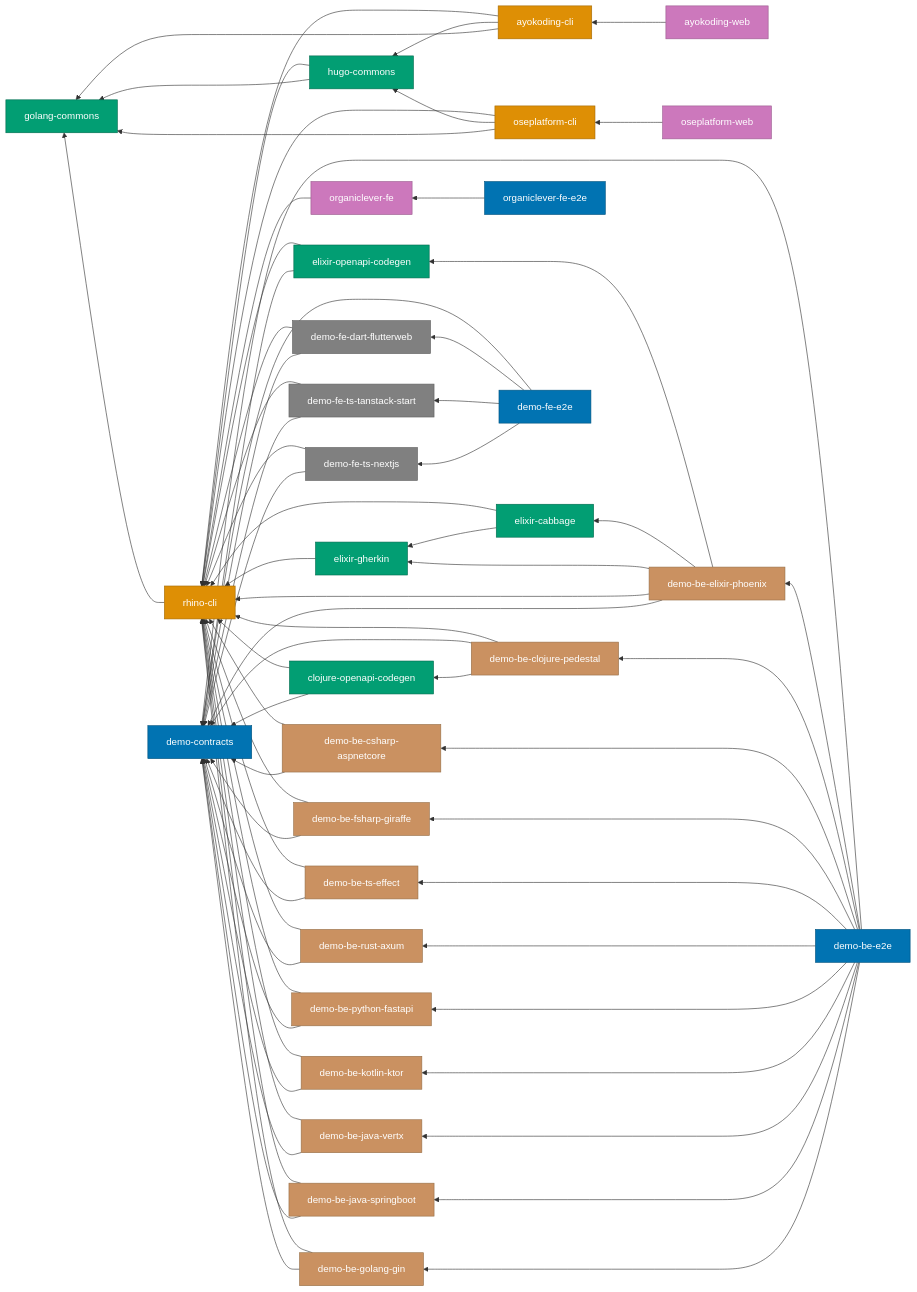
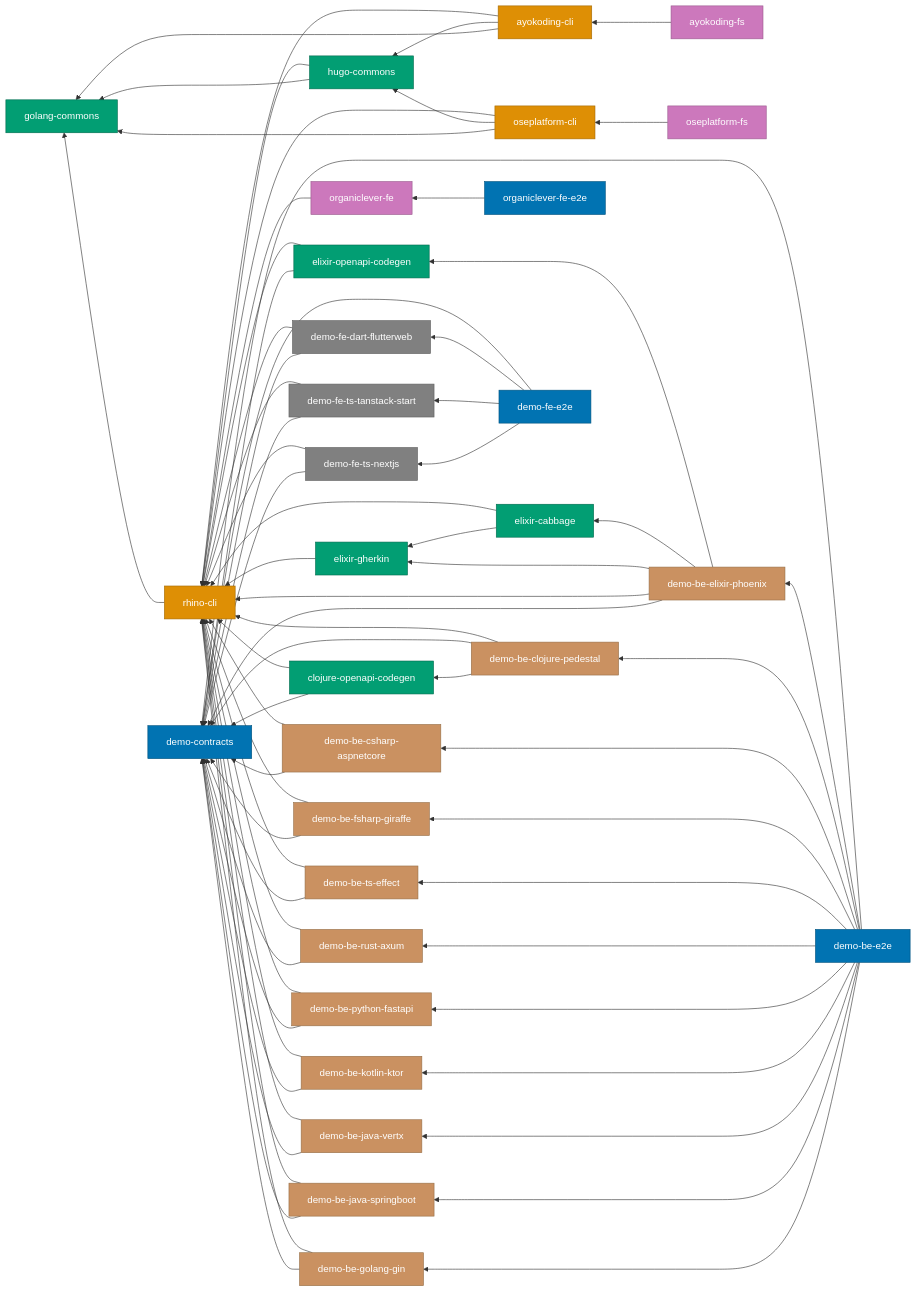
The diagram in docs/reference/re__project-dependency-graph.md (wahidyankf/open-sharia-enterprise), drawn with Mermaid before and after one commit. The commit also changed other lines of this file and 1809 other files, not shown here.

First line of the commit message:
refactor(apps): rename ayokoding-web to ayokoding-fs and oseplatform-web to oseplatform-fs

```diff
--- a/docs/reference/re__project-dependency-graph.md
+++ b/docs/reference/re__project-dependency-graph.md
@@ -78,8 +78,8 @@
   OPC[oseplatform-cli]
 
   %% Hugo sites
-  AKW[ayokoding-web]
-  OPW[oseplatform-web]
+  AKW[ayokoding-fs]
+  OPW[oseplatform-fs]
 
   %% OrganicLever
   OLW[organiclever-fe]
```
